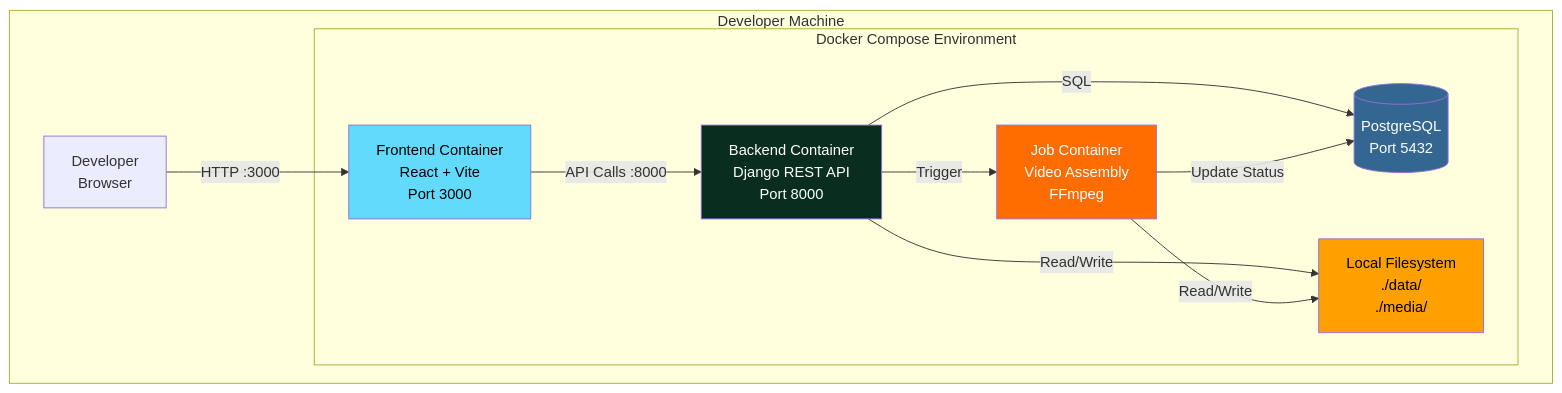
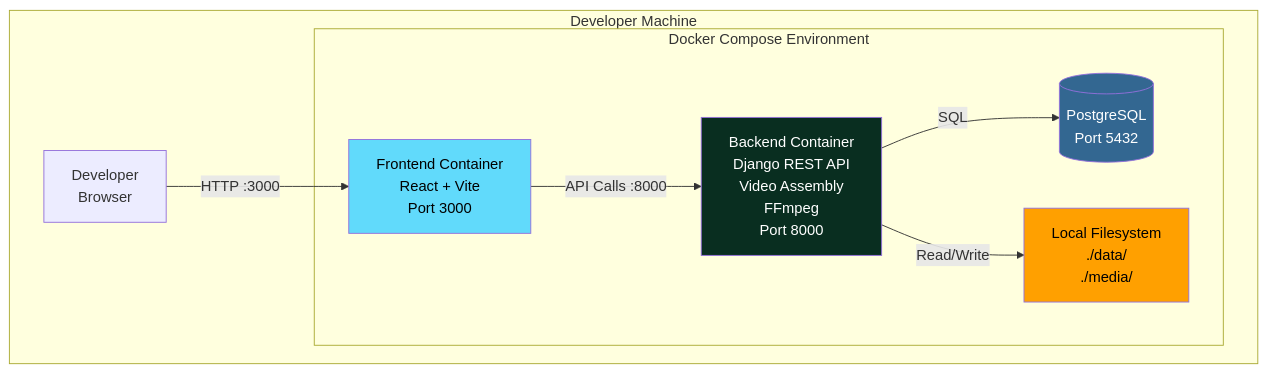
The first of 6 diagrams in ARCHITECTURE.md (erickrex/bachata_buddy), drawn with Mermaid before and after one commit. The commit also changed other lines of this file and 44 other files, not shown here.

Commit message:
feat: fold back the video generation worker into 1 docker container

````diff
--- a/ARCHITECTURE.md
+++ b/ARCHITECTURE.md
@@ -29,28 +28,23 @@
 ```mermaid
 graph TB
     subgraph "Developer Machine"
         subgraph "Docker Compose Environment"
             FE[Frontend Container<br/>React + Vite<br/>Port 3000]
-            BE[Backend Container<br/>Django REST API<br/>Port 8000]
+            BE[Backend Container<br/>Django REST API<br/>Video Assembly<br/>FFmpeg<br/>Port 8000]
             DB[(PostgreSQL<br/>Port 5432)]
-            JOB[Job Container<br/>Video Assembly<br/>FFmpeg]
             FS[Local Filesystem<br/>./data/<br/>./media/]
         end
         
         DEV[Developer<br/>Browser]
     end
     
     DEV -->|HTTP :3000| FE
     FE -->|API Calls :8000| BE
     BE -->|SQL| DB
-    BE -->|Trigger| JOB
     BE -->|Read/Write| FS
-    JOB -->|Read/Write| FS
-    JOB -->|Update Status| DB
     
     style FE fill:#61dafb,color:#000
     style BE fill:#092e20,color:#fff
     style DB fill:#336791,color:#fff
-    style JOB fill:#ff6d00,color:#fff
     style FS fill:#ffa000,color:#000
 ```
````
